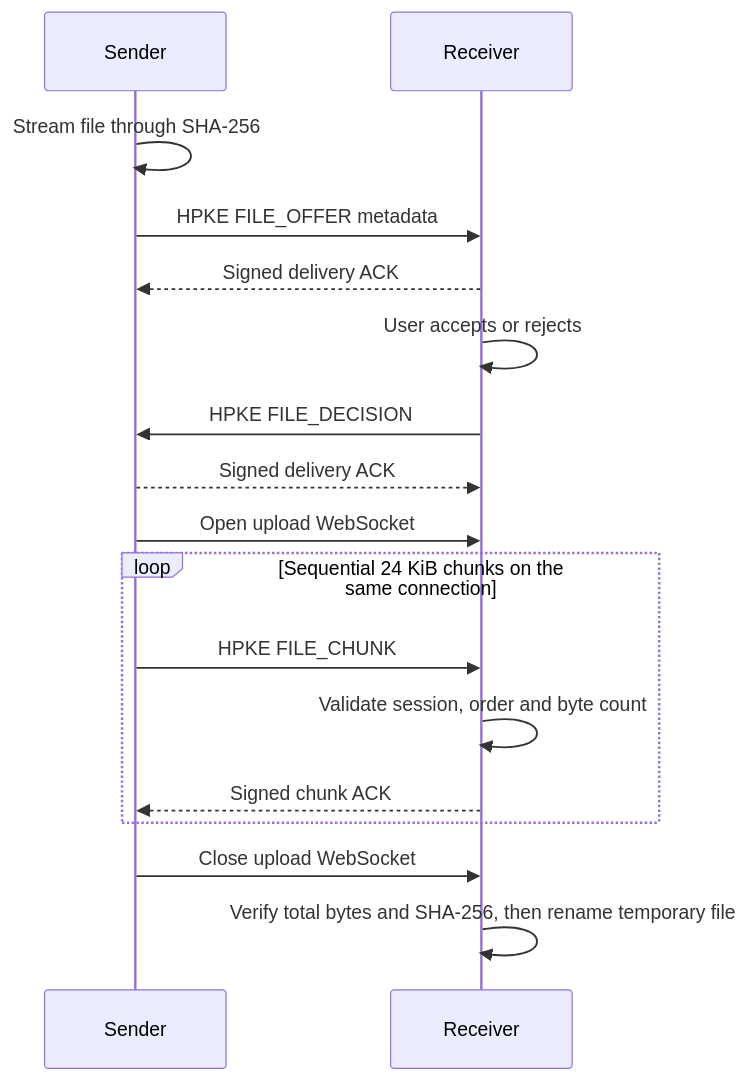
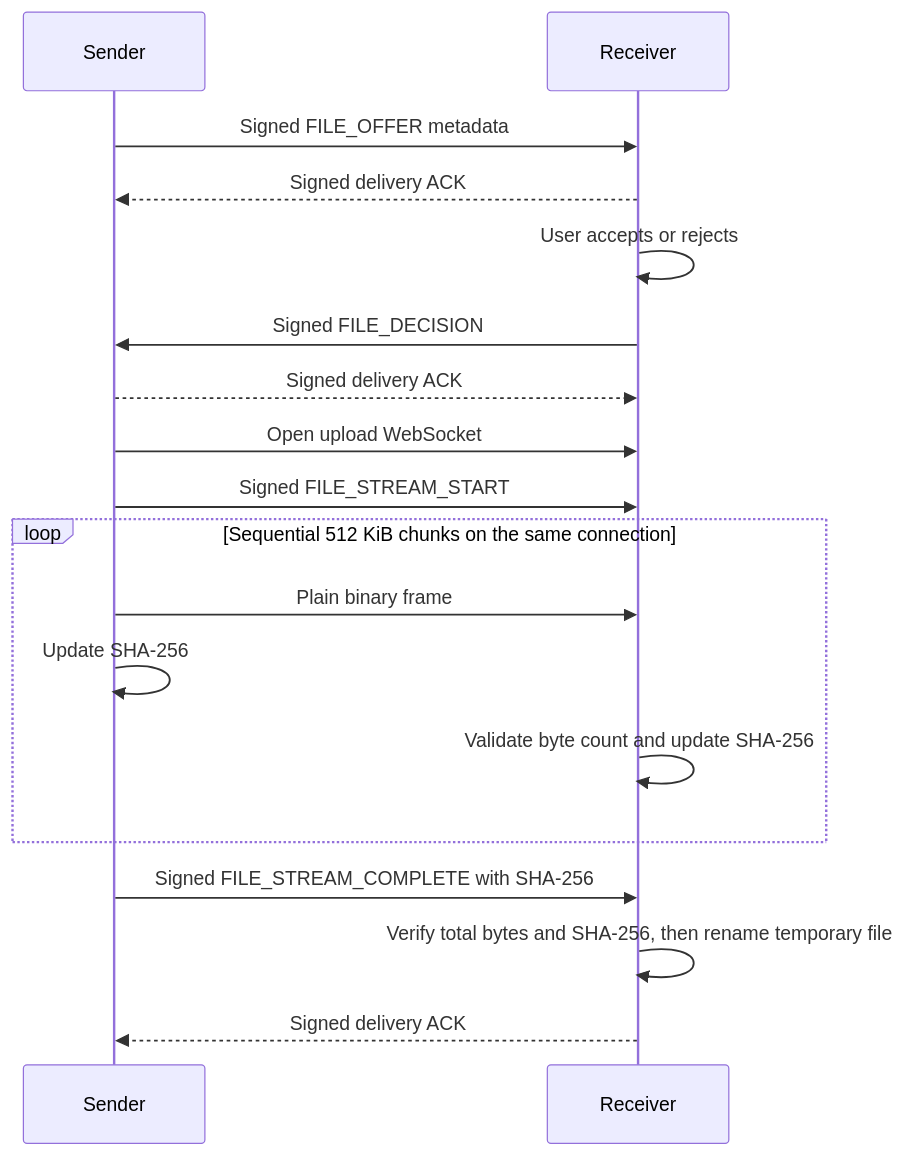
The diagram in docs/spec/file-transfer-v1.md (x2ink/subnetdrop), drawn with Mermaid before and after one commit. The commit also changed other lines of this file and 39 other files, not shown here.

````diff
--- a/docs/spec/file-transfer-v1.md
+++ b/docs/spec/file-transfer-v1.md
@@ -39,19 +39,20 @@
 ```mermaid
 sequenceDiagram
     participant S as Sender
     participant R as Receiver
-    S->>S: Stream file through SHA-256
-    S->>R: HPKE FILE_OFFER metadata
+    S->>R: Signed FILE_OFFER metadata
     R-->>S: Signed delivery ACK
     R->>R: User accepts or rejects
-    R->>S: HPKE FILE_DECISION
+    R->>S: Signed FILE_DECISION
     S-->>R: Signed delivery ACK
     S->>R: Open upload WebSocket
-    loop Sequential 24 KiB chunks on the same connection
-        S->>R: HPKE FILE_CHUNK
-        R->>R: Validate session, order and byte count
-        R-->>S: Signed chunk ACK
+    S->>R: Signed FILE_STREAM_START
+    loop Sequential 512 KiB chunks on the same connection
+        S->>R: Plain binary frame
+        S->>S: Update SHA-256
+        R->>R: Validate byte count and update SHA-256
     end
-    S->>R: Close upload WebSocket
+    S->>R: Signed FILE_STREAM_COMPLETE with SHA-256
     R->>R: Verify total bytes and SHA-256, then rename temporary file
+    R-->>S: Signed delivery ACK
 ```
````
